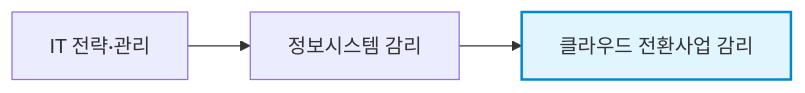
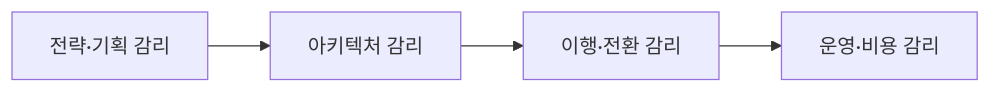
One commit to agnusdei1207/study changed the first of 2 diagrams in src/content/docs/notes/itpe/01-it-strategy/104_cloud_migration_project_audit.md. Above: the diagram before and after it, drawn with Mermaid. The commit also changed other lines of this file and 18 other files, not shown here.

````diff
--- a/src/content/docs/notes/itpe/01-it-strategy/104_cloud_migration_project_audit.md
+++ b/src/content/docs/notes/itpe/01-it-strategy/104_cloud_migration_project_audit.md
@@ -17,6 +59,4 @@
 ```mermaid
 flowchart LR
-    A["IT 전략·관리"] --> B["정보시스템 감리"]
-    B --> C["클라우드 전환사업 감리"]
-    style C fill:#e1f5fe,stroke:#0288d1,stroke-width:2px
+    S1["전략·기획 감리"] --> S2["아키텍처 감리"] --> S3["이행·전환 감리"] --> S4["운영·비용 감리"]
 ```
````
